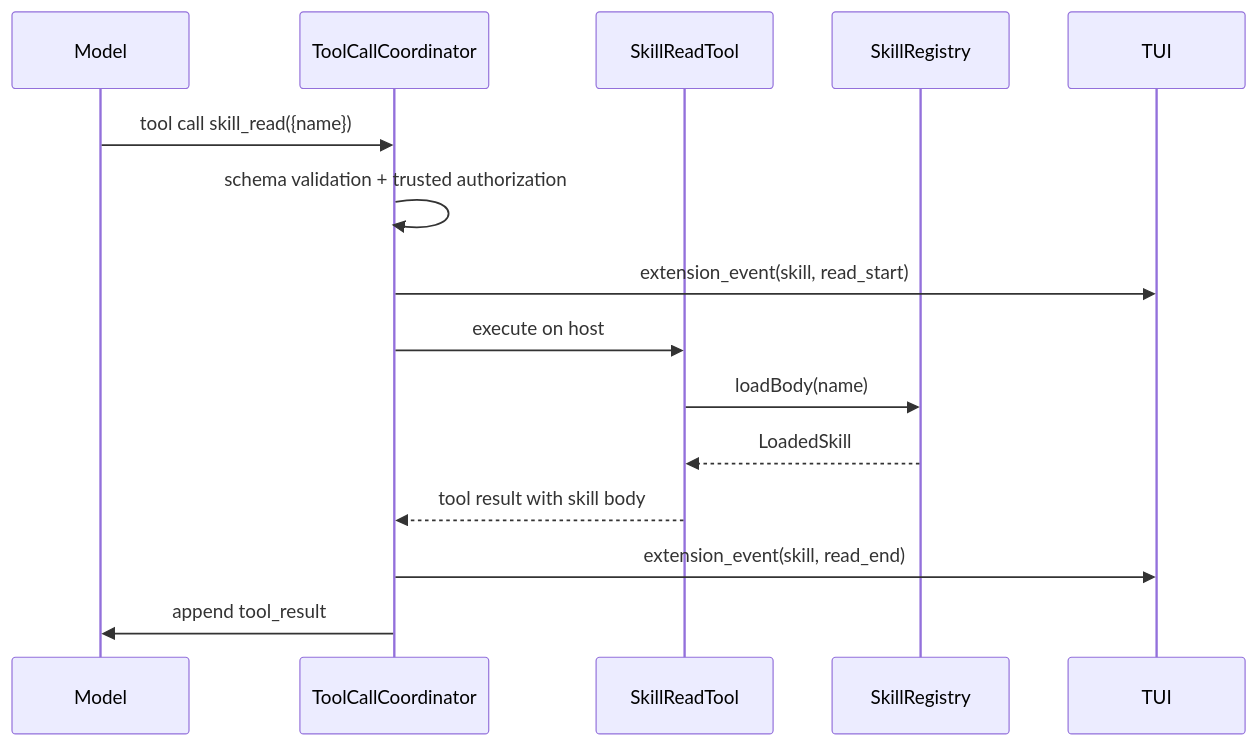
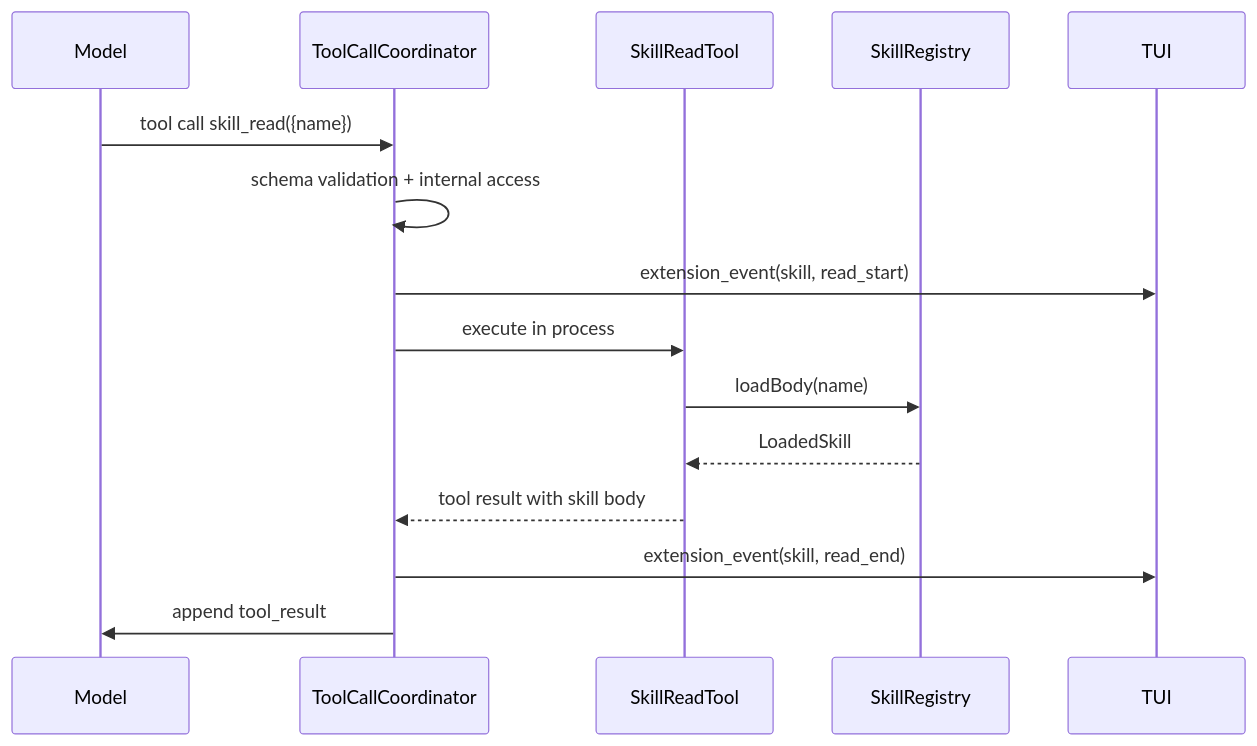
The second of 3 diagrams in docs/skill-system-architecture.md (xdnloveme/omni-agent), drawn with Mermaid before and after one commit. The commit also changed other lines of this file and 10 other files, not shown here.

Commit message:
docs(architecture): document access and sandbox boundaries

````diff
--- a/docs/skill-system-architecture.md
+++ b/docs/skill-system-architecture.md
@@ -235,18 +234,18 @@
 ```mermaid
 sequenceDiagram
   participant Model
   participant Coordinator as ToolCallCoordinator
   participant SkillReadTool
   participant SkillRegistry
   participant TUI
 
   Model->>Coordinator: tool call skill_read({name})
-  Coordinator->>Coordinator: schema validation + trusted authorization
+  Coordinator->>Coordinator: schema validation + internal access
   Coordinator->>TUI: extension_event(skill, read_start)
-  Coordinator->>SkillReadTool: execute on host
+  Coordinator->>SkillReadTool: execute in process
   SkillReadTool->>SkillRegistry: loadBody(name)
   SkillRegistry-->>SkillReadTool: LoadedSkill
   SkillReadTool-->>Coordinator: tool result with skill body
   Coordinator->>TUI: extension_event(skill, read_end)
   Coordinator->>Model: append tool_result
 ```
````
